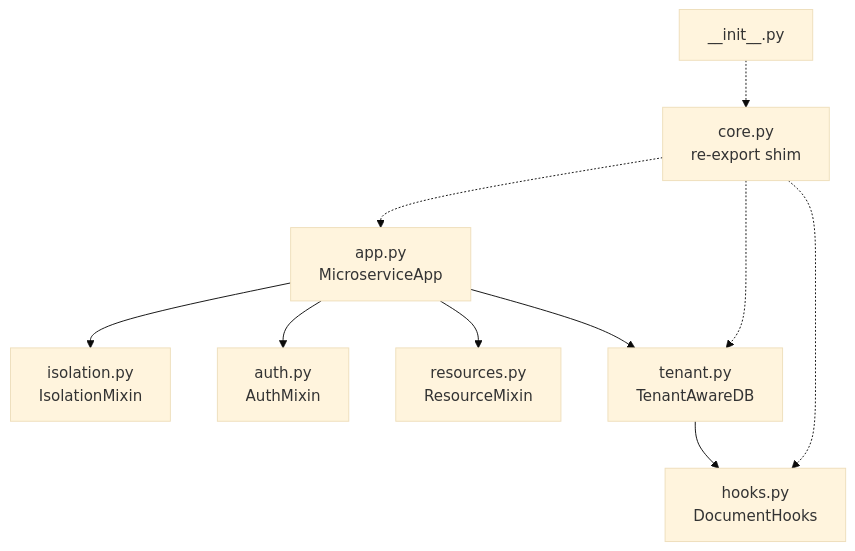
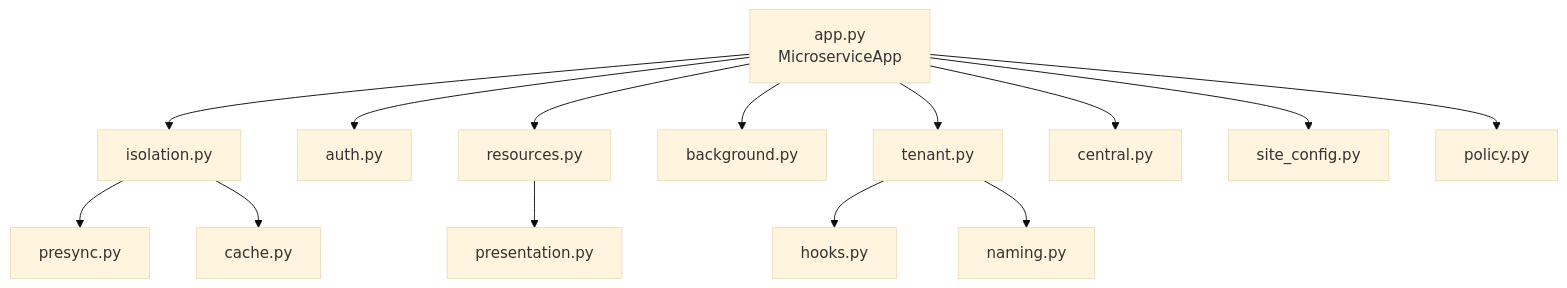
One commit to vyogotech/erpnext-microservices-lib changed the first of 2 diagrams in docs/architecture.md. Above: the diagram before and after it, drawn with Mermaid (base theme). The commit also changed other lines of this file and 11 other files, not shown here.

````diff
--- a/docs/architecture.md
+++ b/docs/architecture.md
@@ -24,12 +42,16 @@
 ```mermaid
 graph TD
-    app[app.py<br/>MicroserviceApp] --> isolation[isolation.py<br/>IsolationMixin]
-    app --> auth[auth.py<br/>AuthMixin]
-    app --> resources[resources.py<br/>ResourceMixin]
-    app --> tenant[tenant.py<br/>TenantAwareDB]
-    tenant --> hooks[hooks.py<br/>DocumentHooks]
-    core[core.py<br/>re-export shim] -.-> app
-    core -.-> tenant
-    core -.-> hooks
-    init[__init__.py] -.-> core
+    app[app.py<br/>MicroserviceApp] --> isolation[isolation.py]
+    app --> auth[auth.py]
+    app --> resources[resources.py]
+    app --> background[background.py]
+    app --> tenant[tenant.py]
+    app --> central[central.py]
+    app --> siteconfig[site_config.py]
+    tenant --> hooks[hooks.py]
+    tenant --> naming[naming.py]
+    resources --> presentation[presentation.py]
+    isolation --> presync[presync.py]
+    isolation --> cache[cache.py]
+    app --> policy[policy.py]
 ```
````
